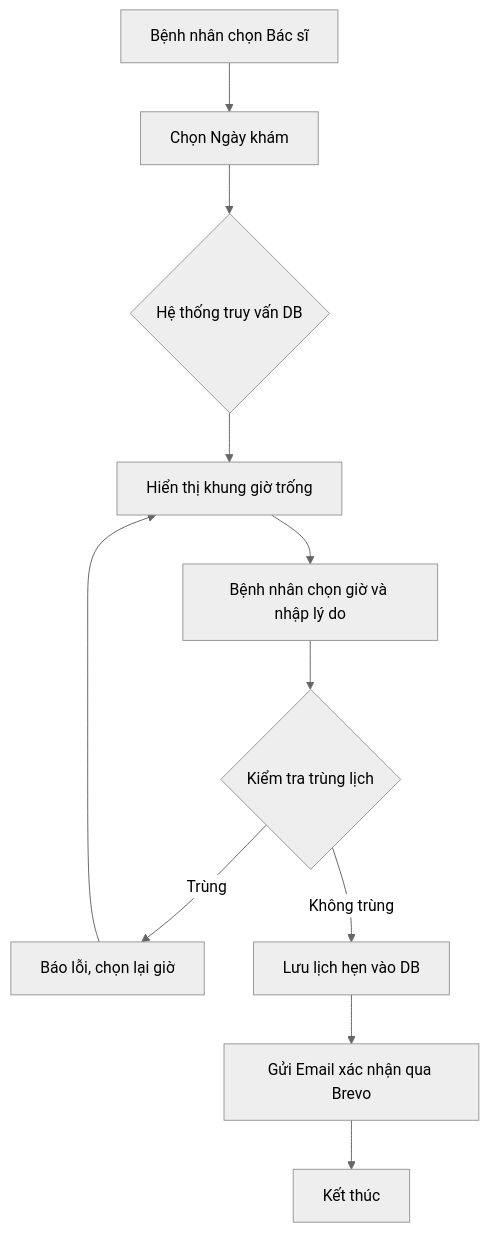
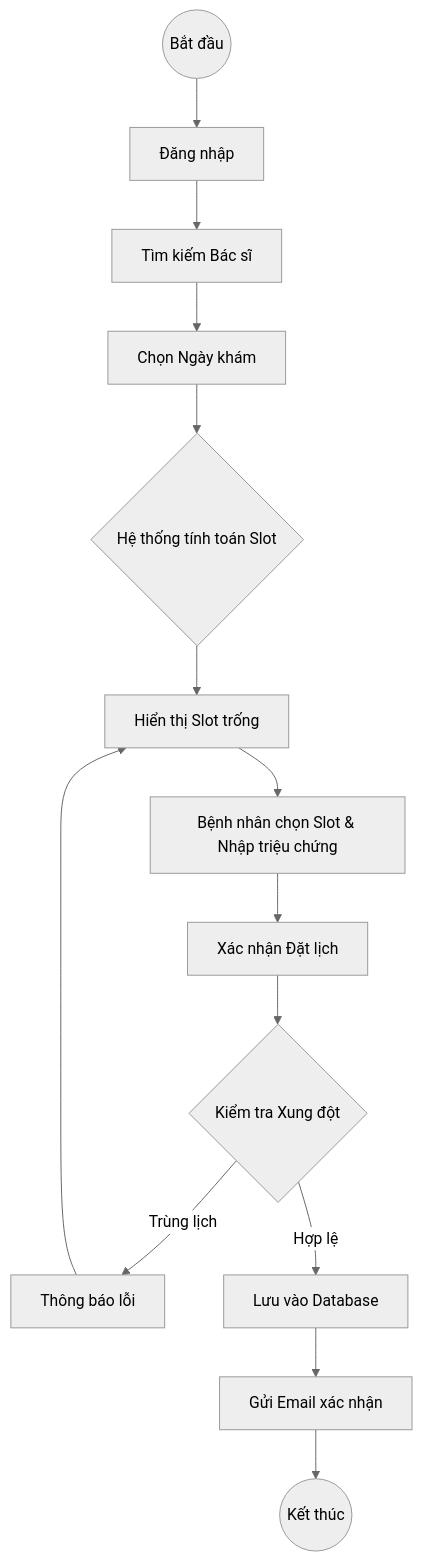
The second of 5 diagrams in BAO_CAO_DU_AN.md (manhcuong-contact/DatLichPhongKham), drawn with Mermaid (neutral theme) before and after one commit. The commit also changed other lines of this file, not shown here.

````diff
--- a/BAO_CAO_DU_AN.md
+++ b/BAO_CAO_DU_AN.md
@@ -131,13 +147,16 @@
 ```mermaid
 flowchart TD
-    A[Bệnh nhân chọn Bác sĩ] --> B[Chọn Ngày khám]
-    B --> C{Hệ thống truy vấn DB}
-    C --> D[Hiển thị khung giờ trống]
-    D --> E[Bệnh nhân chọn giờ và nhập lý do]
-    E --> F{Kiểm tra trùng lịch}
-    F -- Trùng --> G[Báo lỗi, chọn lại giờ]
-    G --> D
-    F -- Không trùng --> H[Lưu lịch hẹn vào DB]
-    H --> I[Gửi Email xác nhận qua Brevo]
-    I --> J[Kết thúc]
+    Start((Bắt đầu)) --> A[Đăng nhập]
+    A --> B[Tìm kiếm Bác sĩ]
+    B --> C[Chọn Ngày khám]
+    C --> D{Hệ thống tính toán Slot}
+    D --> E[Hiển thị Slot trống]
+    E --> F[Bệnh nhân chọn Slot & Nhập triệu chứng]
+    F --> G[Xác nhận Đặt lịch]
+    G --> H{Kiểm tra Xung đột}
+    H -- Trùng lịch --> I[Thông báo lỗi]
+    I --> E
+    H -- Hợp lệ --> J[Lưu vào Database]
+    J --> K[Gửi Email xác nhận]
+    K --> End((Kết thúc))
 ```
````
